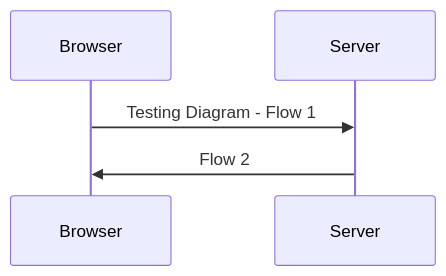
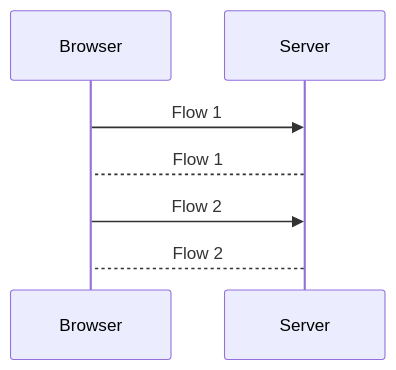
Before and after one commit to Northcrisp/Full_Stack_Open: the diagram in Part0/0.4__New_Note_Diagram.md, drawn with Mermaid.

Commit message:
Updating Diagram 0.4

````diff
--- a/Part0/0.4__New_Note_Diagram.md
+++ b/Part0/0.4__New_Note_Diagram.md
@@ -1,5 +1,7 @@
 ```mermaid
 sequenceDiagram
-Browser->>Server: Testing Diagram - Flow 1
-Server->>Browser: Flow 2
+Browser->>Server: Flow 1
+Server-->Browser: Flow 1
+Browser->>Server: Flow 2
+Server-->Browser: Flow 2
 ```
````
